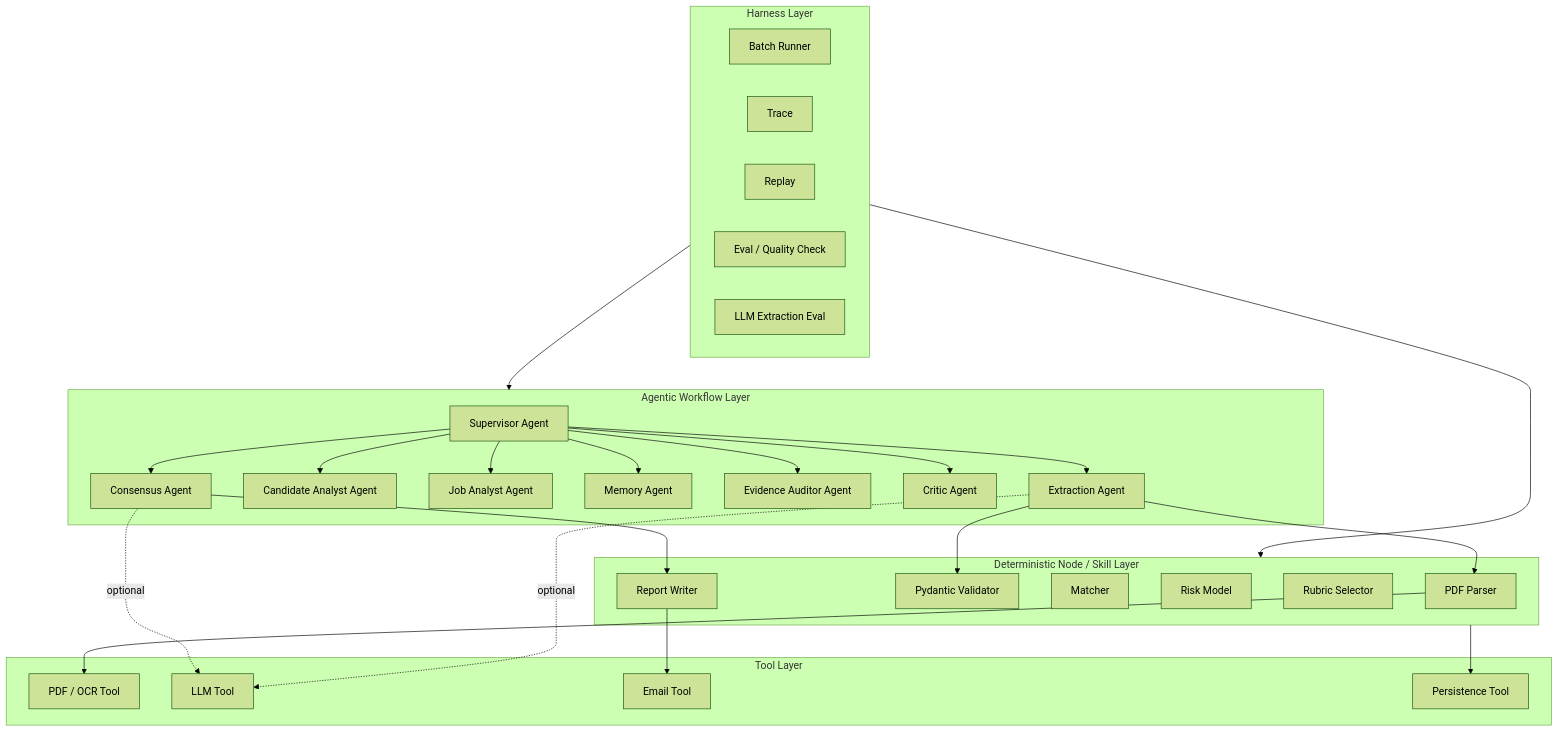
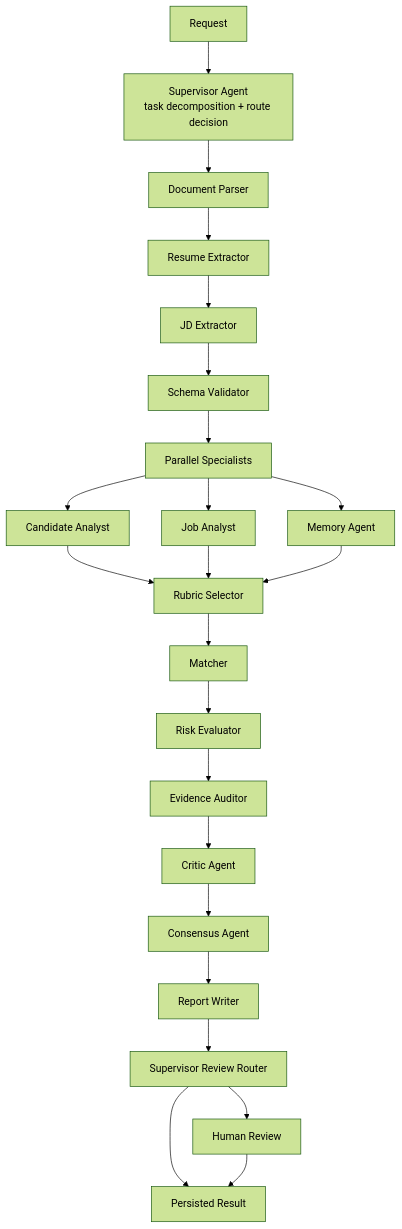
The second of 8 diagrams in docs/architecture_diagrams.md (supeng0916-beep/resume-pilot), drawn with Mermaid (forest theme) before and after one commit. The commit also changed other lines of this file and 3 other files, not shown here.

Commit message:
docs: clarify production database architecture

````diff
--- a/docs/architecture_diagrams.md
+++ b/docs/architecture_diagrams.md
@@ -64,55 +40,46 @@
 ```mermaid
-flowchart TB
-    subgraph Agentic["Agentic Workflow Layer"]
-        Hub["Supervisor Agent"]
-        Extract["Extraction Agent"]
-        CandidateAgent["Candidate Analyst Agent"]
-        JobAgent["Job Analyst Agent"]
-        MemoryAgent["Memory Agent"]
-        EvidenceAgent["Evidence Auditor Agent"]
-        CriticAgent["Critic Agent"]
-        ConsensusAgent["Consensus Agent"]
-    end
+flowchart TD
+    Start["Request"]
+    Supervisor["Supervisor Agent<br/>task decomposition + route decision"]
+    Parser["Document Parser"]
+    Resume["Resume Extractor"]
+    JD["JD Extractor"]
+    Validator["Schema Validator"]
+    Specialists["Parallel Specialists"]
+    Candidate["Candidate Analyst"]
+    Job["Job Analyst"]
+    Memory["Memory Agent"]
+    Rubric["Rubric Selector"]
+    Matcher["Matcher"]
+    Risk["Risk Evaluator"]
+    Evidence["Evidence Auditor"]
+    Critic["Critic Agent"]
+    Consensus["Consensus Agent"]
+    Report["Report Writer"]
+    ReviewRouter["Supervisor Review Router"]
+    Human["Human Review"]
+    Done["Persisted Result"]
 
-    subgraph Nodes["Deterministic Node / Skill Layer"]
-        Parser["PDF Parser"]
-        Validator["Pydantic Validator"]
-        Matcher["Matcher"]
-        Risk["Risk Model"]
-        Rubric["Rubric Selector"]
-        ReportWriter["Report Writer"]
-    end
-
-    subgraph Tools["Tool Layer"]
-        PDF["PDF / OCR Tool"]
-        LLMTool["LLM Tool"]
-        Email["Email Tool"]
-        StoreTool["Persistence Tool"]
-    end
-
-    subgraph Harness["Harness Layer"]
-        Batch["Batch Runner"]
-        Trace["Trace"]
-        Replay["Replay"]
-        Eval["Eval / Quality Check"]
-        LLMEval["LLM Extraction Eval"]
-    end
-
-    Hub --> Extract
-    Hub --> CandidateAgent
-    Hub --> JobAgent
-    Hub --> MemoryAgent
-    Hub --> EvidenceAgent
-    Hub --> CriticAgent
-    Hub --> ConsensusAgent
-    Extract --> Validator
-    Extract --> Parser
-    Parser --> PDF
-    Extract -.optional.-> LLMTool
-    ConsensusAgent -.optional.-> LLMTool
-    ConsensusAgent --> ReportWriter
-    ReportWriter --> Email
-    Nodes --> StoreTool
-    Harness --> Agentic
-    Harness --> Nodes
+    Start --> Supervisor
+    Supervisor --> Parser
+    Parser --> Resume
+    Resume --> JD
+    JD --> Validator
+    Validator --> Specialists
+    Specialists --> Candidate
+    Specialists --> Job
+    Specialists --> Memory
+    Candidate --> Rubric
+    Job --> Rubric
+    Memory --> Rubric
+    Rubric --> Matcher
+    Matcher --> Risk
+    Risk --> Evidence
+    Evidence --> Critic
+    Critic --> Consensus
+    Consensus --> Report
+    Report --> ReviewRouter
+    ReviewRouter --> Human
+    ReviewRouter --> Done
+    Human --> Done
 ```
````
